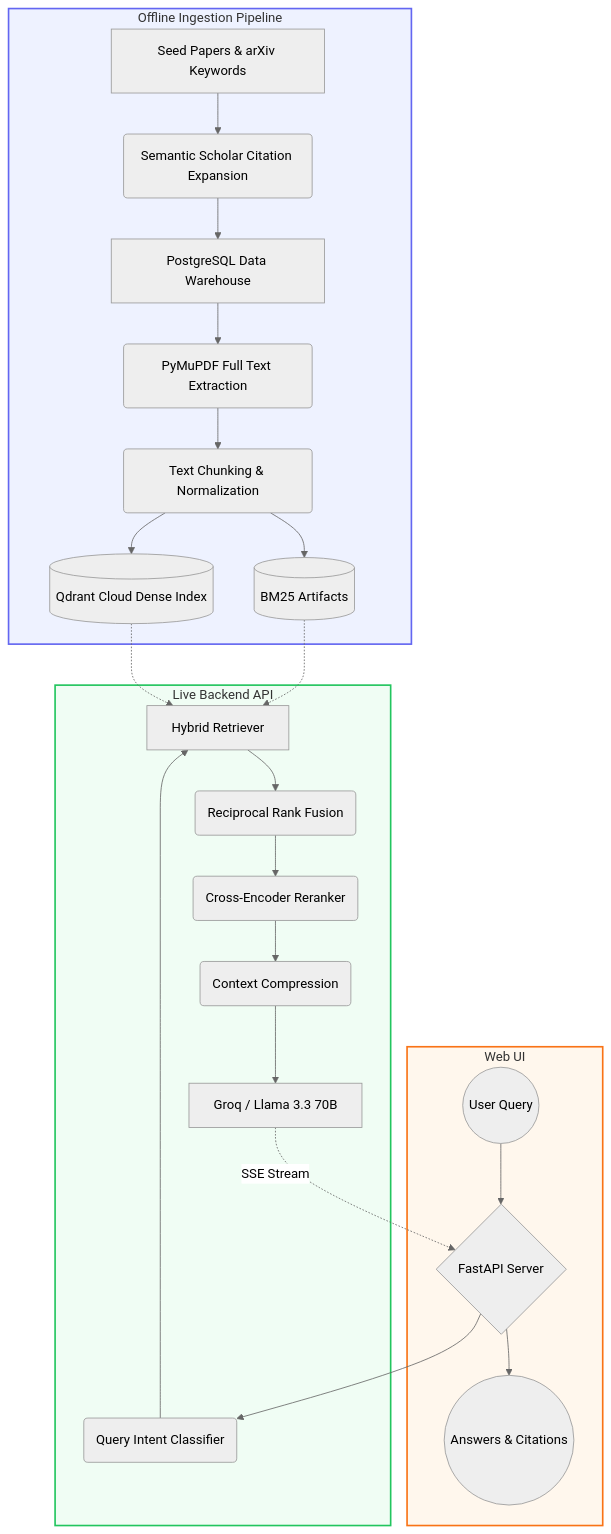
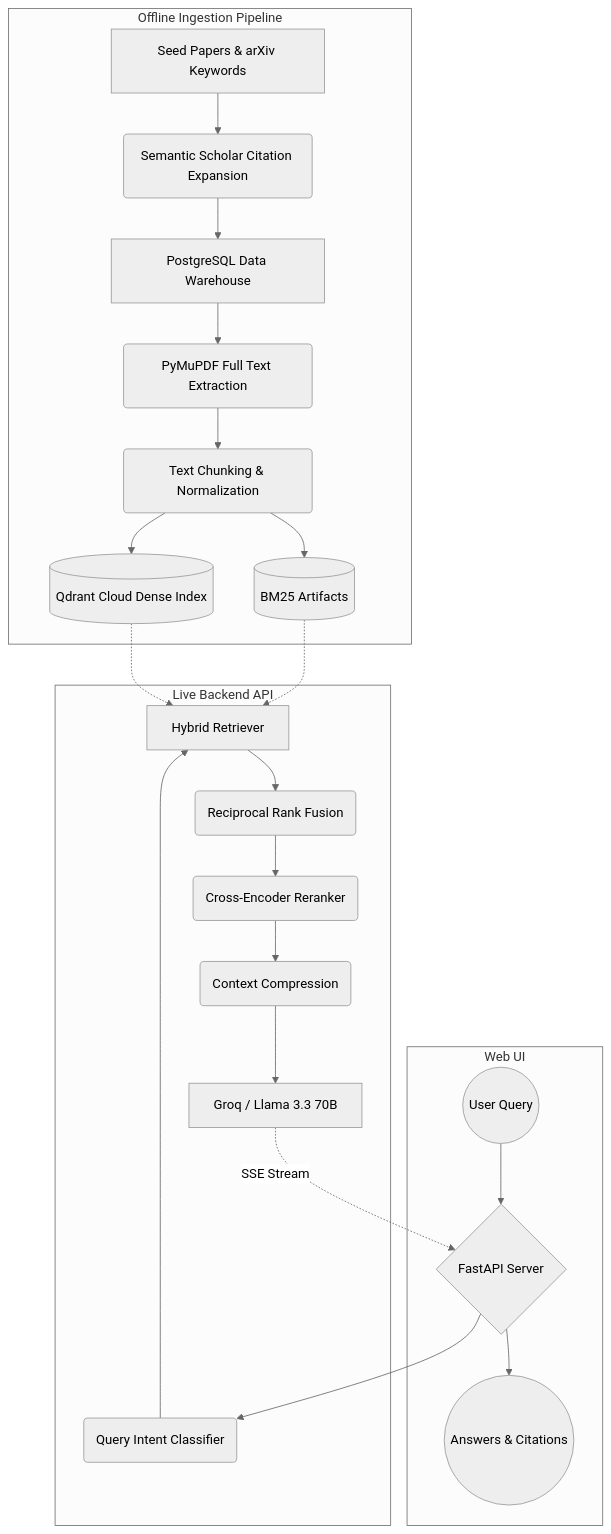
One commit to HimasagarU/Arxiv-RAG-Assistant changed the diagram in ARCHITECTURE.md. Above: the diagram before and after it, drawn with Mermaid (neutral theme). The commit also changed 1 other file, not shown here.

Commit message:
docs: Fix Mermaid diagram colors for dark/light themes and clean up redundant info from README

````diff
--- a/ARCHITECTURE.md
+++ b/ARCHITECTURE.md
@@ -9,39 +9,31 @@
 ```mermaid
 flowchart TD
-    %% Define Styles
-    classDef offline fill:#eef2ff,stroke:#6366f1,stroke-width:2px;
-    classDef live fill:#f0fdf4,stroke:#22c55e,stroke-width:2px;
-    classDef frontend fill:#fff7ed,stroke:#f97316,stroke-width:2px;
-
     %% Offline Pipeline
     subgraph Offline [Offline Ingestion Pipeline]
         A[Seed Papers & arXiv Keywords] --> B(Semantic Scholar Citation Expansion)
         B --> C[PostgreSQL Data Warehouse]
         C --> D(PyMuPDF Full Text Extraction)
         D --> E(Text Chunking & Normalization)
         E --> F1[(Qdrant Cloud Dense Index)]
         E --> F2[(BM25 Artifacts)]
     end
-    class Offline offline
 
     %% Live API Pipeline
     subgraph Live [Live Backend API]
         G(Query Intent Classifier) --> H[Hybrid Retriever]
         F1 -.-> H
         F2 -.-> H
         H --> I(Reciprocal Rank Fusion)
         I --> J(Cross-Encoder Reranker)
         J --> K(Context Compression)
         K --> L[Groq / Llama 3.3 70B]
     end
-    class Live live
 
     %% Frontend
     subgraph Frontend [Web UI]
         M((User Query)) --> N{FastAPI Server}
         N --> G
         L -. SSE Stream .-> N
         N --> O((Answers & Citations))
     end
-    class Frontend frontend
 ```
````
